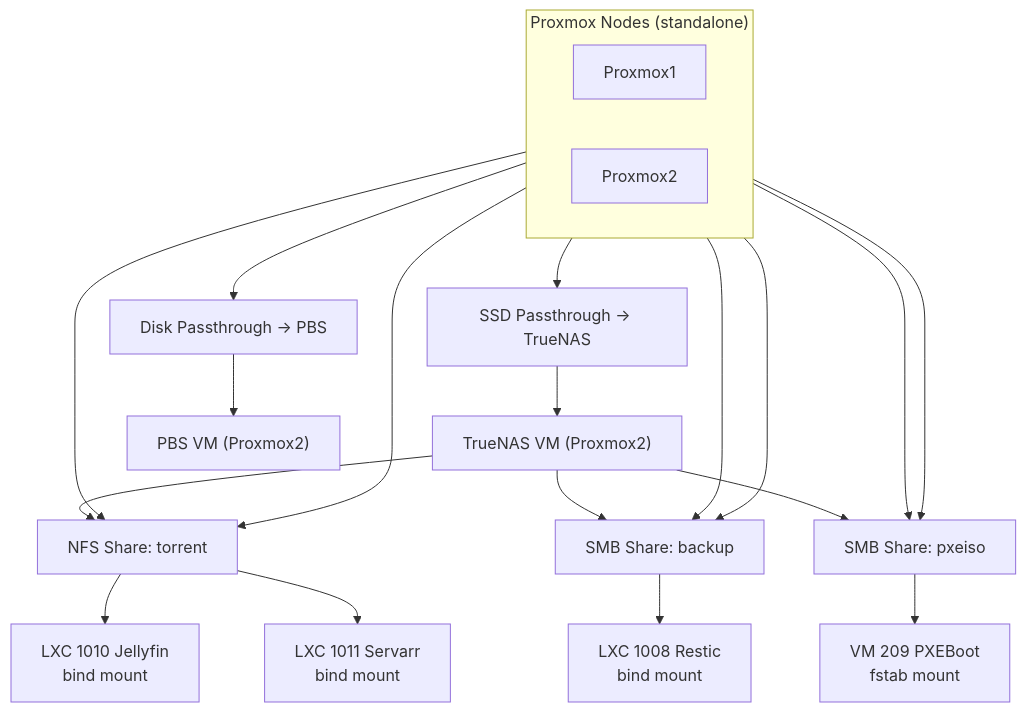
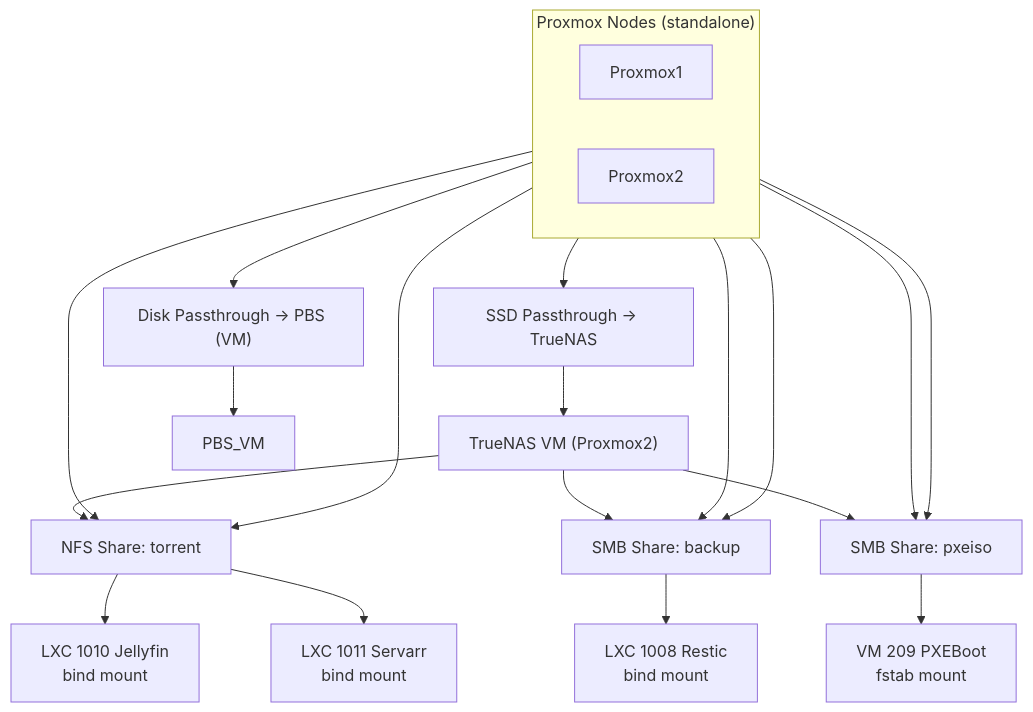
The diagram in 13-Design_Decisions/README_HU.md (torokrolf/homelab), drawn with Mermaid before and after one commit.

````diff
--- a/13-Design_Decisions/README_HU.md
+++ b/13-Design_Decisions/README_HU.md
@@ -59,46 +59,45 @@
 ```mermaid
 flowchart TB
 
     %% Top row: Proxmox nodes side by side
     subgraph PROXMOX["Proxmox Nodes (standalone)"]
         direction LR
         PVE1["Proxmox1"]
         PVE2["Proxmox2"]
     end
 
     %% Passthrough disks on PVE2
     SSD_TRUENAS["SSD Passthrough → TrueNAS"]
-    SSD_PBS["Disk Passthrough → PBS"]
+    SSD_PBS["Disk Passthrough → PBS (VM)"]
 
     TRUENAS_VM["TrueNAS VM (Proxmox2)"]
-    PBS_VM["PBS VM (Proxmox2)"]
 
     %% Passthrough connections
     PVE2 --> SSD_TRUENAS --> TRUENAS_VM
     PVE2 --> SSD_PBS --> PBS_VM
 
     %% TrueNAS storage exports
     TRUENAS_VM --> NFS["NFS Share: torrent"]
     TRUENAS_VM --> SMB1["SMB Share: backup"]
     TRUENAS_VM --> SMB2["SMB Share: pxeiso"]
 
     %% Both Proxmox nodes mount the shares
     PVE1 --> NFS
     PVE1 --> SMB1
     PVE1 --> SMB2
 
     PVE2 --> NFS
     PVE2 --> SMB1
     PVE2 --> SMB2
 
     %% Consumers
     JELLY["LXC 1010 Jellyfin\nbind mount"]
     SERVARR["LXC 1011 Servarr\nbind mount"]
     RESTIC["LXC 1008 Restic\nbind mount"]
     PXEVM["VM 209 PXEBoot\nfstab mount"]
 
     NFS --> JELLY
     NFS --> SERVARR
     SMB1 --> RESTIC
     SMB2 --> PXEVM
 ```
````
